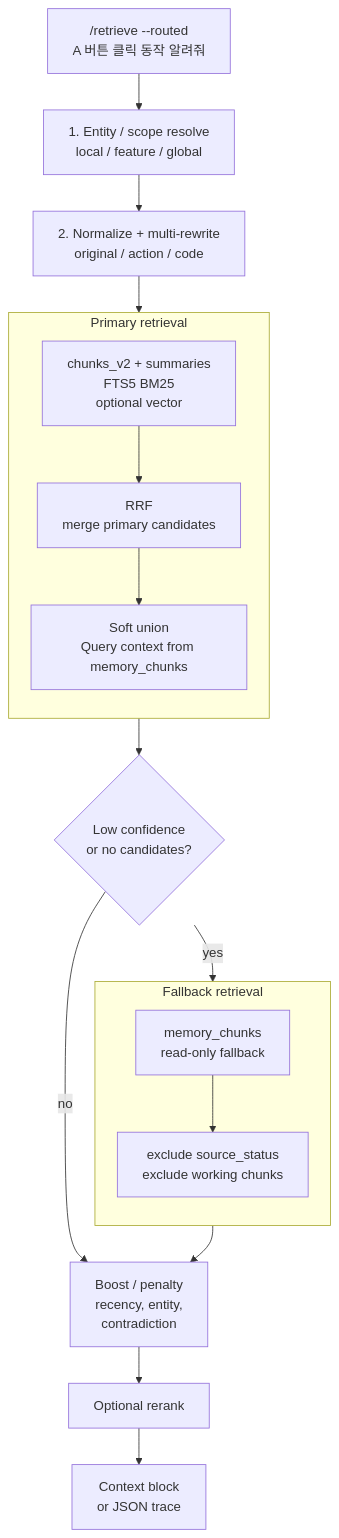
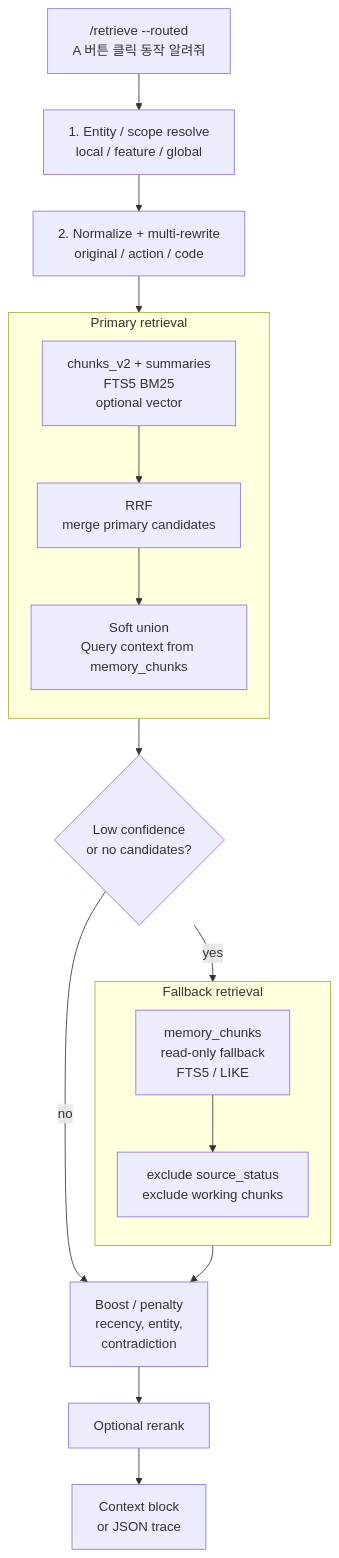
Before and after one commit to taeuk178/MultiAgentCLI: the third of 4 diagrams in flow.md, drawn with Mermaid. The commit also changed other lines of this file and 3 other files, not shown here.

````diff
--- a/flow.md
+++ b/flow.md
@@ -494,31 +499,31 @@
 ```mermaid
 %%{init: {'flowchart': {'useMaxWidth': true, 'rankSpacing': 44, 'nodeSpacing': 34}, 'theme': 'default'}}%%
 flowchart TB
     Q["/retrieve --routed<br/>A 버튼 클릭 동작 알려줘"]
     RES["1. Entity / scope resolve<br/>local / feature / global"]
     SURF["2. Normalize + multi-rewrite<br/>original / action / code"]
 
     subgraph PRIMARY["Primary retrieval"]
       direction TB
       DOCS["chunks_v2 + summaries<br/>FTS5 BM25<br/>optional vector"]
       RRF["RRF<br/>merge primary candidates"]
       OVER["Soft union<br/>Query context from memory_chunks"]
     end
 
     LOW{"Low confidence<br/>or no candidates?"}
 
     subgraph FALLBACK["Fallback retrieval"]
       direction TB
-      MEMFB["memory_chunks<br/>read-only fallback"]
+      MEMFB["memory_chunks<br/>read-only fallback<br/>FTS5 / LIKE"]
       FILTER["exclude source_status<br/>exclude working chunks"]
     end
 
     RANK["Boost / penalty<br/>recency, entity,<br/>contradiction"]
     RR["Optional rerank"]
     OUT["Context block<br/>or JSON trace"]
 
     Q --> RES --> SURF --> DOCS --> RRF --> OVER --> LOW
     LOW -- yes --> MEMFB --> FILTER --> RANK
     LOW -- no --> RANK
     RANK --> RR --> OUT
 ```
````
